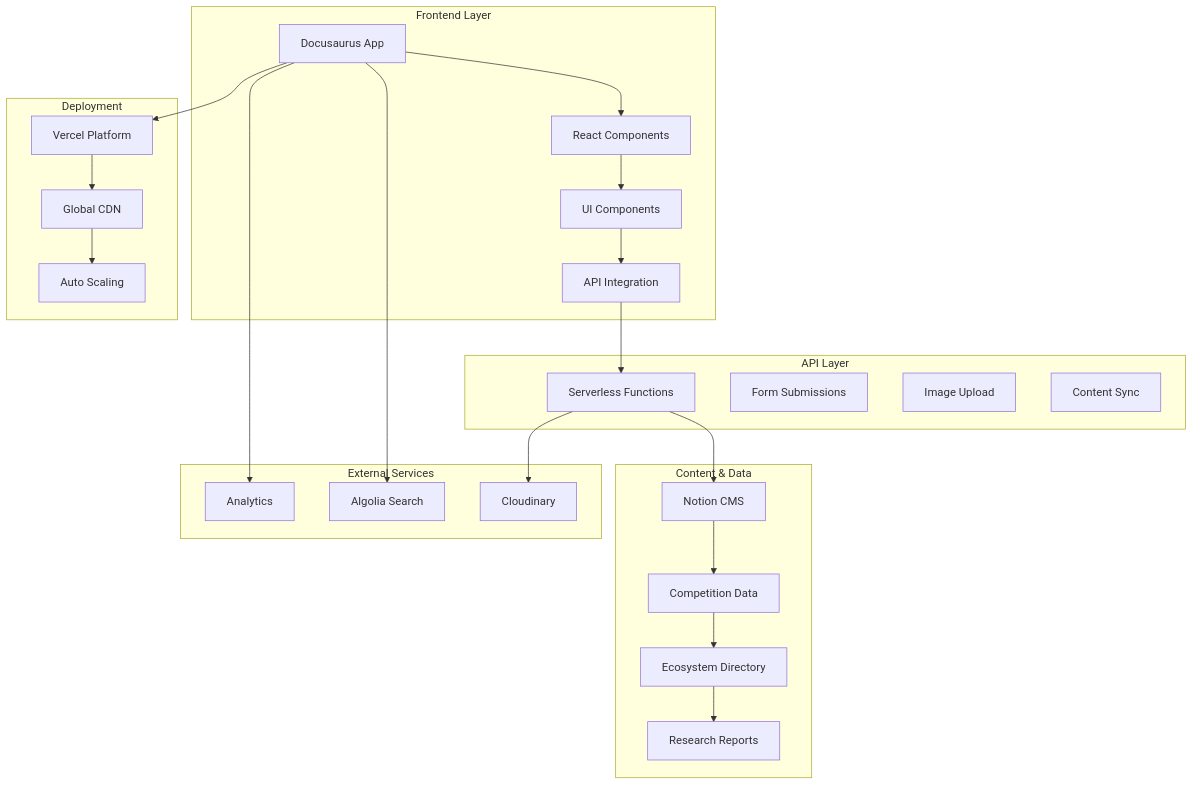
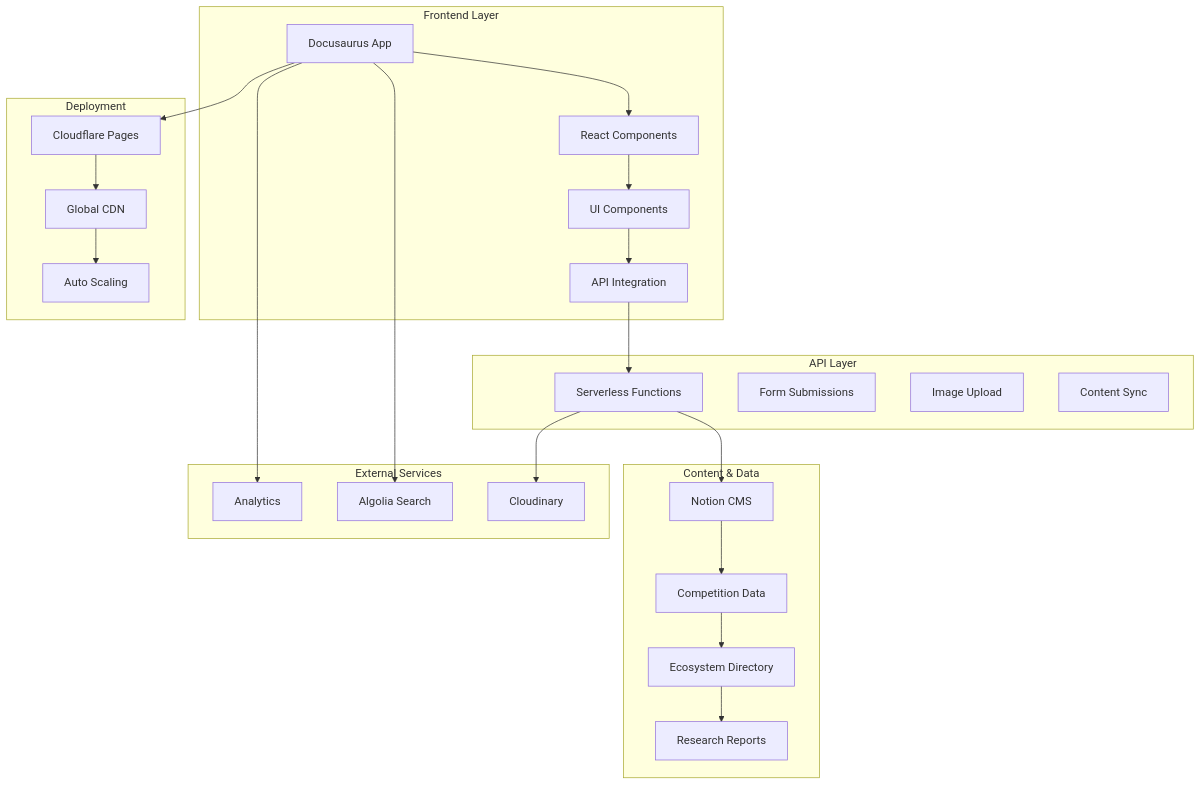
The first of 2 diagrams in README.md (ChanMeng666/femtech-weekend-website), drawn with Mermaid before and after one commit. The commit also changed other lines of this file and 10 other files, not shown here.

First line of the commit message:
fix(seo): migrate site URLs from Vercel to Cloudflare Pages

````diff
--- a/README.md
+++ b/README.md
@@ -263,43 +263,43 @@
 ```mermaid
 graph TB
     subgraph "Frontend Layer"
         A[Docusaurus App] --> B[React Components]
         B --> C[UI Components]
         C --> D[API Integration]
     end
     
     subgraph "Content & Data"
         E[Notion CMS] --> F[Competition Data]
         F --> G[Ecosystem Directory]
         G --> H[Research Reports]
     end
     
     subgraph "API Layer"
         I[Serverless Functions]
         J[Form Submissions]
         K[Image Upload]
         L[Content Sync]
     end
     
     subgraph "External Services"
         M[Cloudinary]
         N[Algolia Search]
         O[Analytics]
     end
     
     D --> I
     I --> E
     I --> M
     A --> N
     A --> O
     
     subgraph "Deployment"
-        P[Vercel Platform]
+        P[Cloudflare Pages]
         Q[Global CDN]
         R[Auto Scaling]
     end
     
     A --> P
     P --> Q
     Q --> R
 ```
````
